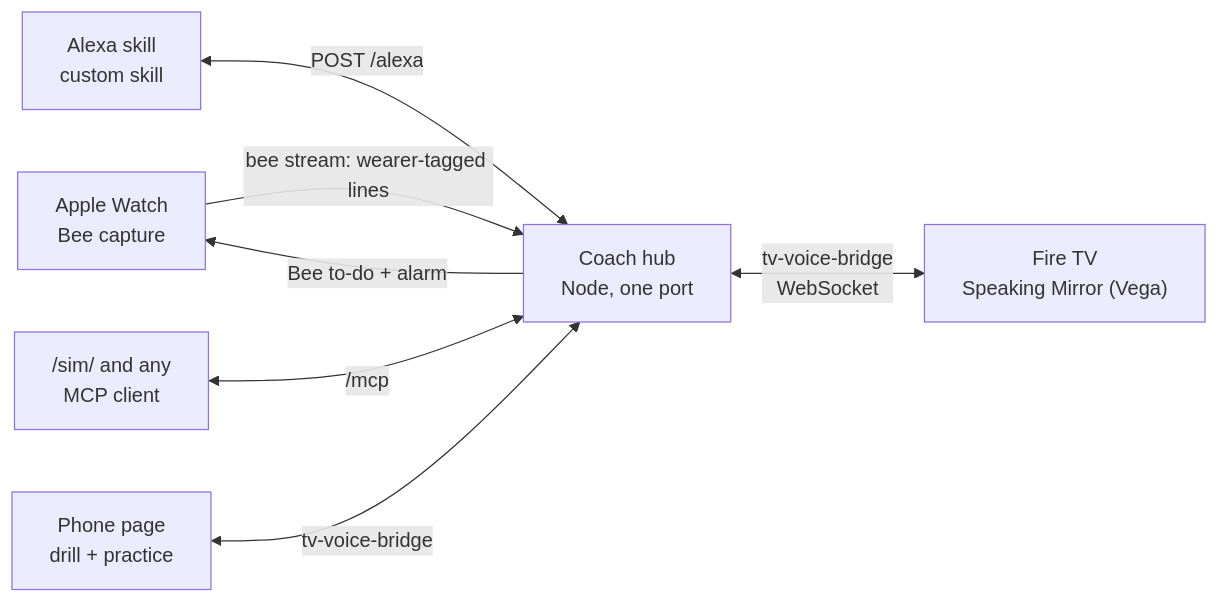
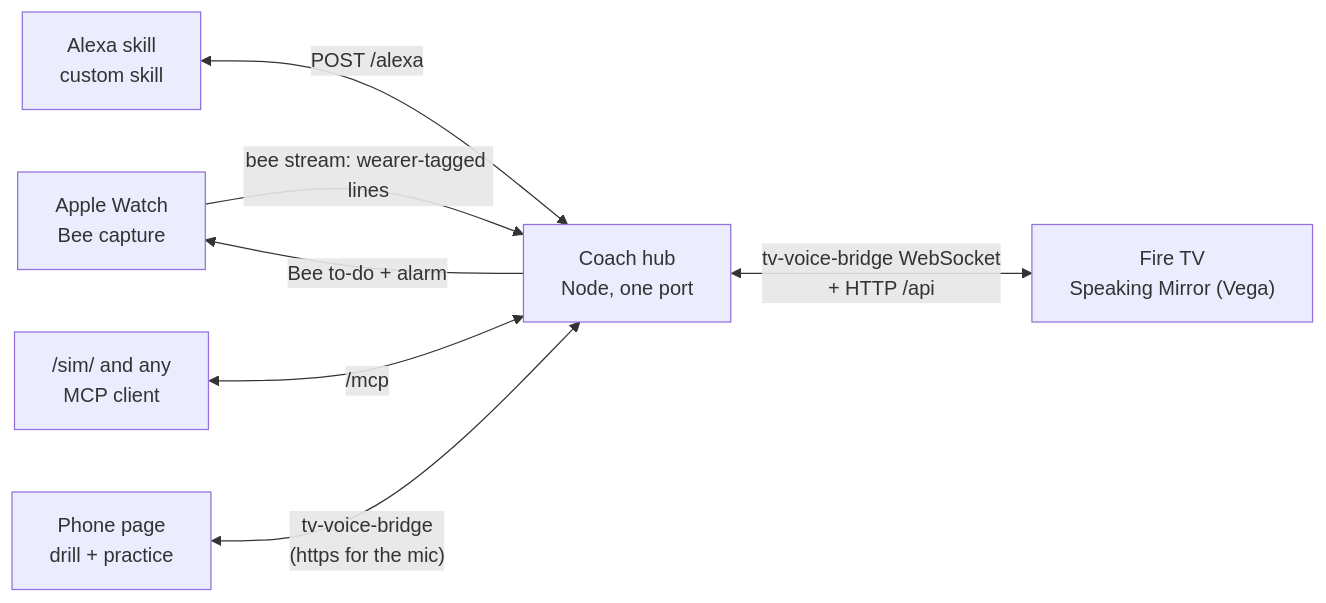
One commit to Zen-cronic/spee changed the diagram in README.md. Above: the diagram before and after it, drawn with Mermaid. The commit also changed other lines of this file and 3 other files, not shown here.

First line of the commit message:
docs(readme): state the hero habits once, the Vega install, https for the phone mic

````diff
--- a/README.md
+++ b/README.md
@@ -37,9 +37,9 @@
 ```mermaid
 flowchart LR
   W["Apple Watch<br/>Bee capture"] -->|"bee stream: wearer-tagged lines"| H
   H["Coach hub<br/>Node, one port"] -->|"Bee to-do + alarm"| W
   A["Alexa skill<br/>custom skill"] <-->|"POST /alexa"| H
   S["/sim/ and any<br/>MCP client"] <-->|"/mcp"| H
-  H <-->|"tv-voice-bridge<br/>WebSocket"| T["Fire TV<br/>Speaking Mirror (Vega)"]
-  P["Phone page<br/>drill + practice"] <-->|"tv-voice-bridge"| H
+  H <-->|"tv-voice-bridge WebSocket<br/>+ HTTP /api"| T["Fire TV<br/>Speaking Mirror (Vega)"]
+  P["Phone page<br/>drill + practice"] <-->|"tv-voice-bridge<br/>(https for the mic)"| H
 ```
````
